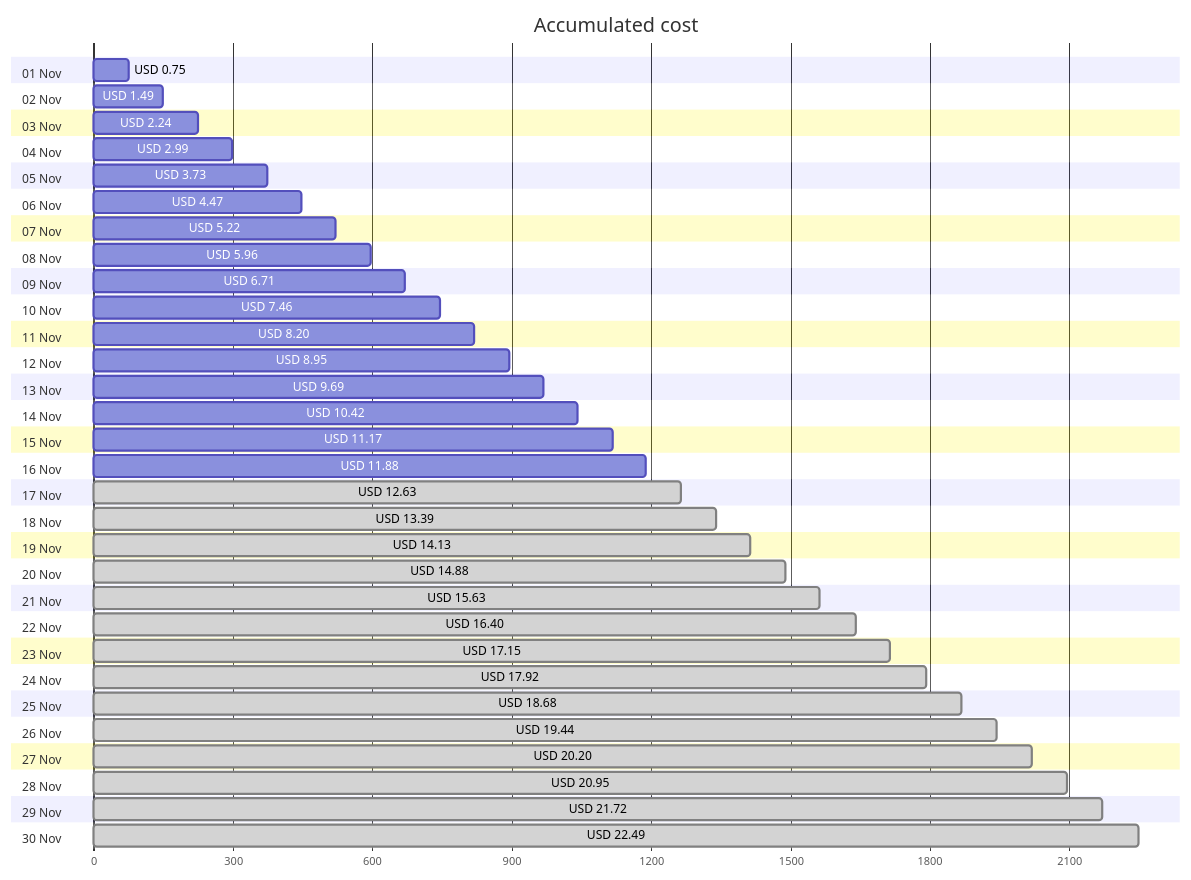
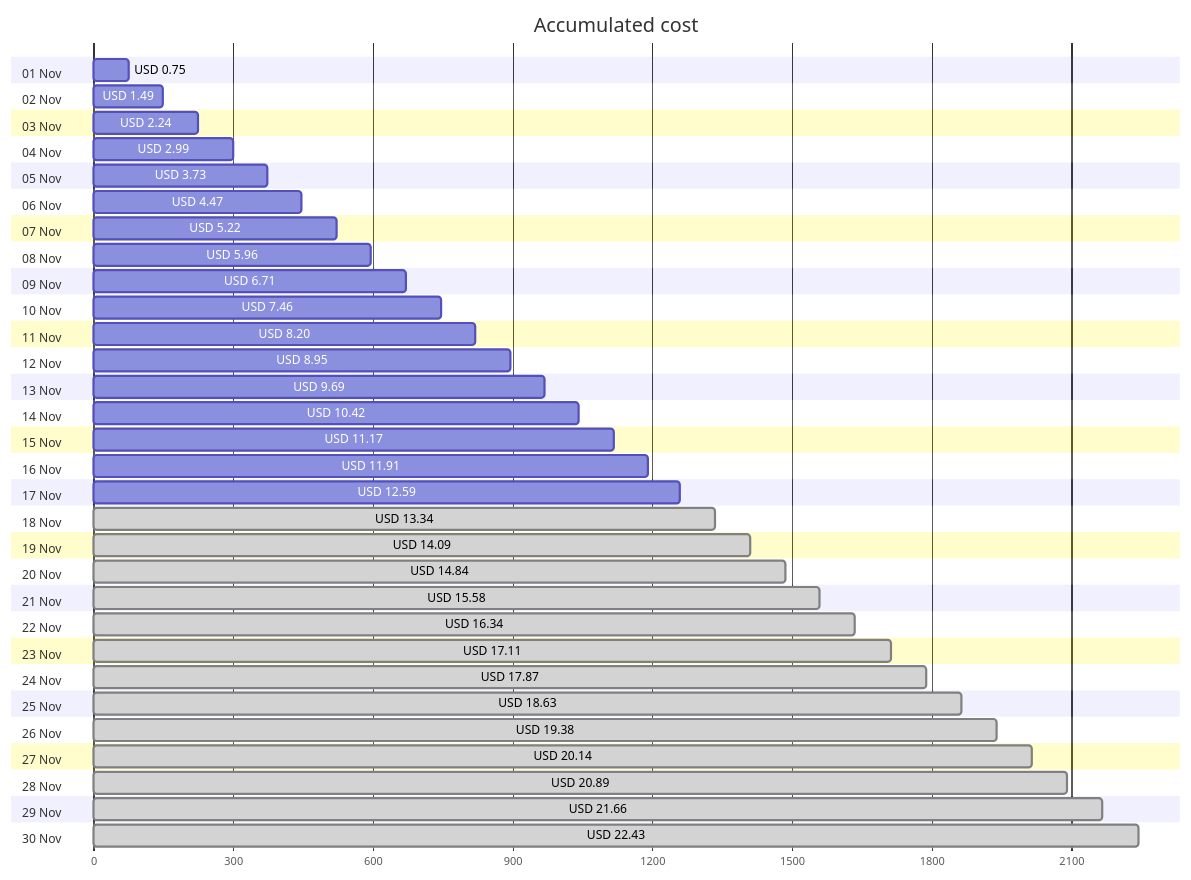
One commit to jpfulton/azure-personal-reports changed the first of 4 diagrams in cost-reports/personal-network/backup-server-data-disk.md. Above: the diagram before and after it, drawn with Mermaid. The commit also changed other lines of this file and 8 other files, not shown here.

````diff
--- a/cost-reports/personal-network/backup-server-data-disk.md
+++ b/cost-reports/personal-network/backup-server-data-disk.md
@@ -20,66 +20,66 @@
 ```mermaid
 gantt
    title Accumulated cost
    dateFormat  X
    axisFormat %s
    section 01 Nov
    USD 0.75 :0, 75
    section 02 Nov
    USD 1.49 :0, 149
    section 03 Nov
    USD 2.24 :0, 224
    section 04 Nov
    USD 2.99 :0, 299
    section 05 Nov
    USD 3.73 :0, 373
    section 06 Nov
    USD 4.47 :0, 447
    section 07 Nov
    USD 5.22 :0, 522
    section 08 Nov
    USD 5.96 :0, 596
    section 09 Nov
    USD 6.71 :0, 671
    section 10 Nov
    USD 7.46 :0, 746
    section 11 Nov
    USD 8.20 :0, 820
    section 12 Nov
    USD 8.95 :0, 895
    section 13 Nov
    USD 9.69 :0, 969
    section 14 Nov
    USD 10.42 :0, 1042
    section 15 Nov
    USD 11.17 :0, 1117
    section 16 Nov
-   USD 11.88 :0, 1188
+   USD 11.91 :0, 1191
    section 17 Nov
-   USD 12.63 : done, 0, 1263
+   USD 12.59 :0, 1259
    section 18 Nov
-   USD 13.39 : done, 0, 1339
+   USD 13.34 : done, 0, 1334
    section 19 Nov
-   USD 14.13 : done, 0, 1413
+   USD 14.09 : done, 0, 1409
    section 20 Nov
-   USD 14.88 : done, 0, 1488
+   USD 14.84 : done, 0, 1484
    section 21 Nov
-   USD 15.63 : done, 0, 1563
+   USD 15.58 : done, 0, 1558
    section 22 Nov
-   USD 16.40 : done, 0, 1640
+   USD 16.34 : done, 0, 1634
    section 23 Nov
-   USD 17.15 : done, 0, 1715
+   USD 17.11 : done, 0, 1711
    section 24 Nov
-   USD 17.92 : done, 0, 1792
+   USD 17.87 : done, 0, 1787
    section 25 Nov
-   USD 18.68 : done, 0, 1868
+   USD 18.63 : done, 0, 1863
    section 26 Nov
-   USD 19.44 : done, 0, 1944
+   USD 19.38 : done, 0, 1938
    section 27 Nov
-   USD 20.20 : done, 0, 2020
+   USD 20.14 : done, 0, 2014
    section 28 Nov
-   USD 20.95 : done, 0, 2095
+   USD 20.89 : done, 0, 2089
    section 29 Nov
-   USD 21.72 : done, 0, 2172
+   USD 21.66 : done, 0, 2166
    section 30 Nov
-   USD 22.49 : done, 0, 2249
+   USD 22.43 : done, 0, 2243
 ```
````
